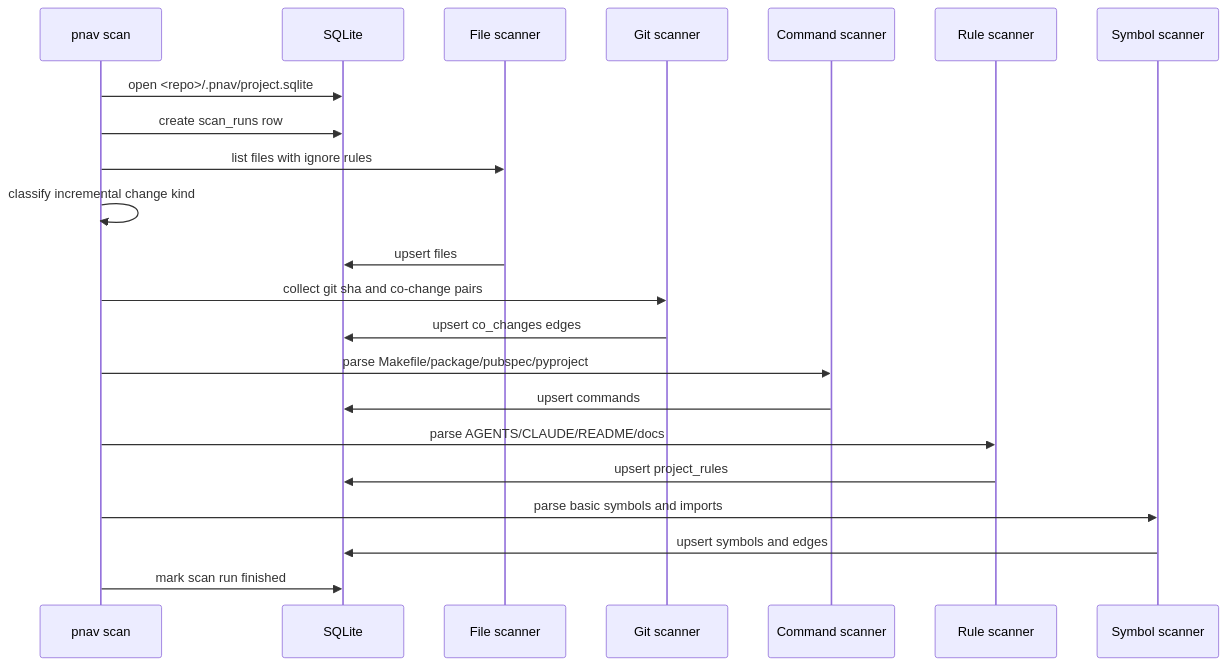
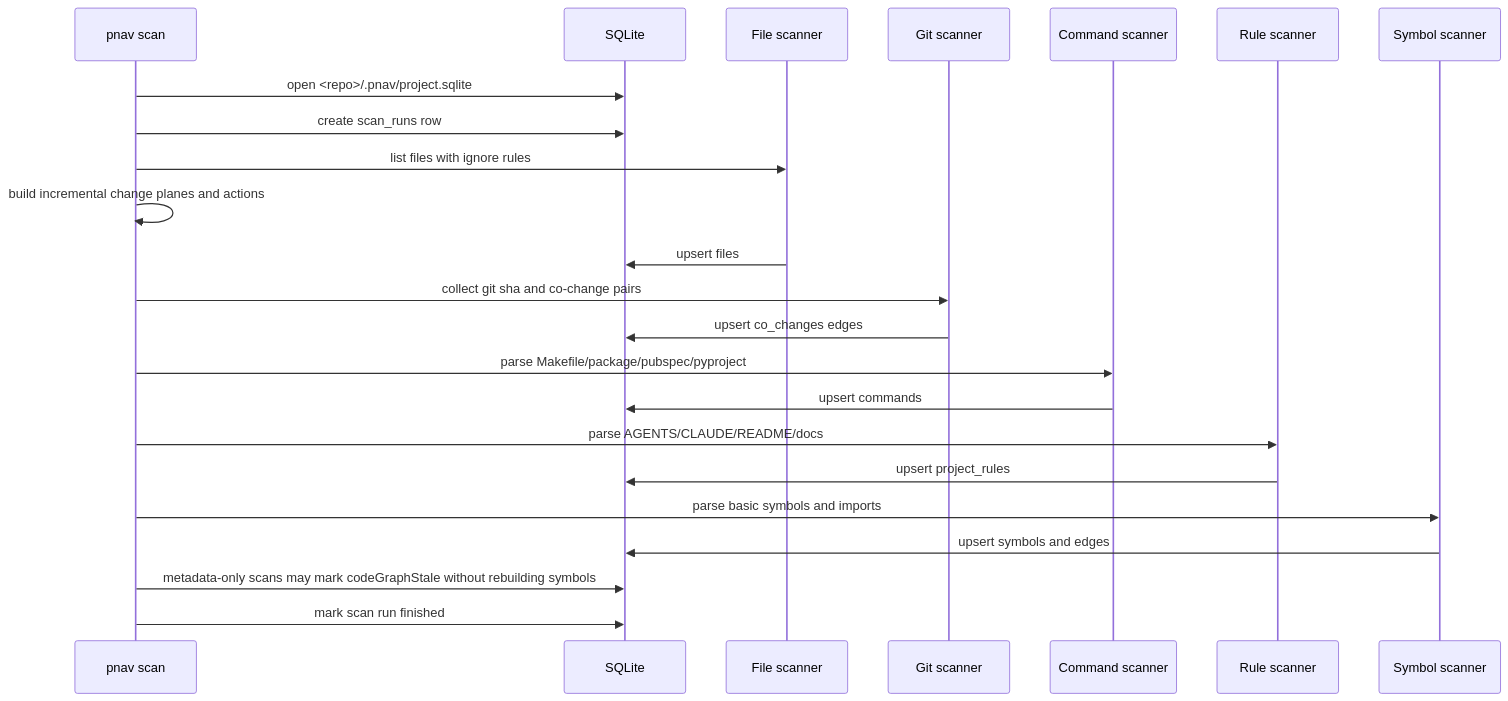
Before and after one commit to ValentinoWang/ProjectNavigatorMCP: the third of 3 diagrams in docs/architecture.md, drawn with Mermaid. The commit also changed 22 other files, not shown here.

Commit message:
Harden incremental graph and eval runtime

````diff
--- a/docs/architecture.md
+++ b/docs/architecture.md
@@ -165,25 +165,26 @@
 ```mermaid
 sequenceDiagram
   participant CLI as pnav scan
   participant DB as SQLite
   participant FS as File scanner
   participant Git as Git scanner
   participant Cmd as Command scanner
   participant Rules as Rule scanner
   participant Symbols as Symbol scanner
 
   CLI->>DB: open <repo>/.pnav/project.sqlite
   CLI->>DB: create scan_runs row
   CLI->>FS: list files with ignore rules
-  CLI->>CLI: classify incremental change kind
+  CLI->>CLI: build incremental change planes and actions
   FS->>DB: upsert files
   CLI->>Git: collect git sha and co-change pairs
   Git->>DB: upsert co_changes edges
   CLI->>Cmd: parse Makefile/package/pubspec/pyproject
   Cmd->>DB: upsert commands
   CLI->>Rules: parse AGENTS/CLAUDE/README/docs
   Rules->>DB: upsert project_rules
   CLI->>Symbols: parse basic symbols and imports
   Symbols->>DB: upsert symbols and edges
+  CLI->>DB: metadata-only scans may mark codeGraphStale without rebuilding symbols
   CLI->>DB: mark scan run finished
 ```
````
